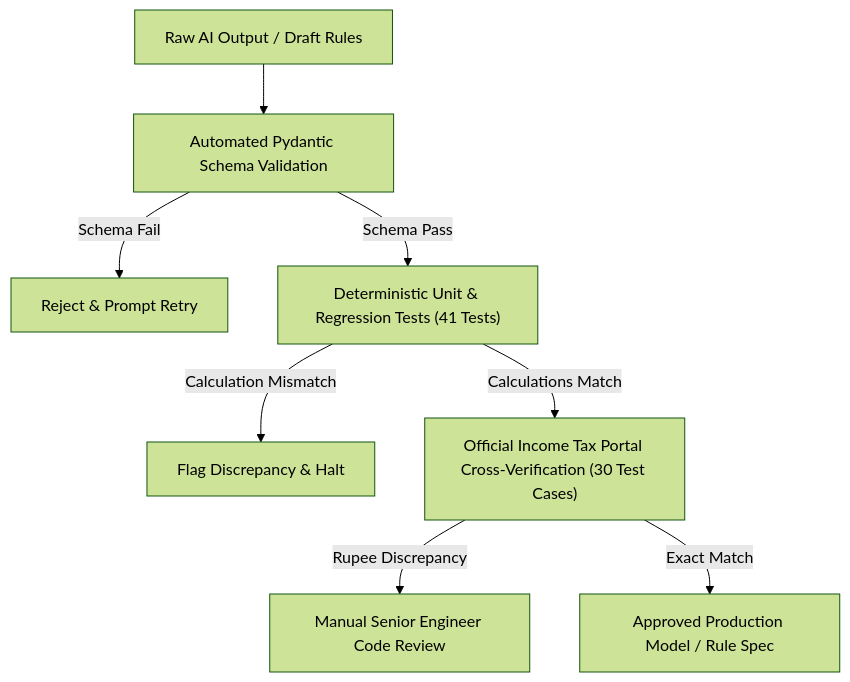
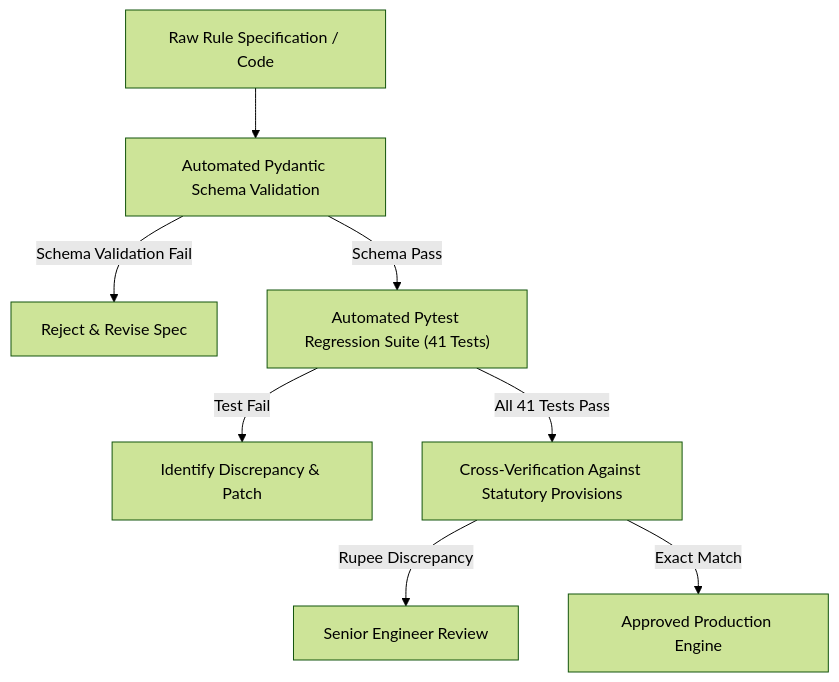
One commit to ajinkya-1604/fire-ai-assignment changed the diagram in AI_USAGE.md. Above: the diagram before and after it, drawn with Mermaid (forest theme). The commit also changed other lines of this file and 21 other files, not shown here.

````diff
--- a/AI_USAGE.md
+++ b/AI_USAGE.md
@@ -65,10 +60,10 @@
 ```mermaid
 flowchart TD
-    A["Raw AI Output / Draft Rules"] --> B["Automated Pydantic Schema Validation"]
-    B -->|Schema Fail| X["Reject & Prompt Retry"]
-    B -->|Schema Pass| C["Deterministic Unit & Regression Tests (41 Tests)"]
-    C -->|Calculation Mismatch| Y["Flag Discrepancy & Halt"]
-    C -->|Calculations Match| D["Official Income Tax Portal Cross-Verification (30 Test Cases)"]
-    D -->|Rupee Discrepancy| Z["Manual Senior Engineer Code Review"]
-    D -->|Exact Match| E["Approved Production Model / Rule Spec"]
+    A["Raw Rule Specification / Code"] --> B["Automated Pydantic Schema Validation"]
+    B -->|Schema Validation Fail| X["Reject & Revise Spec"]
+    B -->|Schema Pass| C["Automated Pytest Regression Suite (41 Tests)"]
+    C -->|Test Fail| Y["Identify Discrepancy & Patch"]
+    C -->|All 41 Tests Pass| D["Cross-Verification Against Statutory Provisions"]
+    D -->|Rupee Discrepancy| Z["Senior Engineer Review"]
+    D -->|Exact Match| E["Approved Production Engine"]
 ```
````
